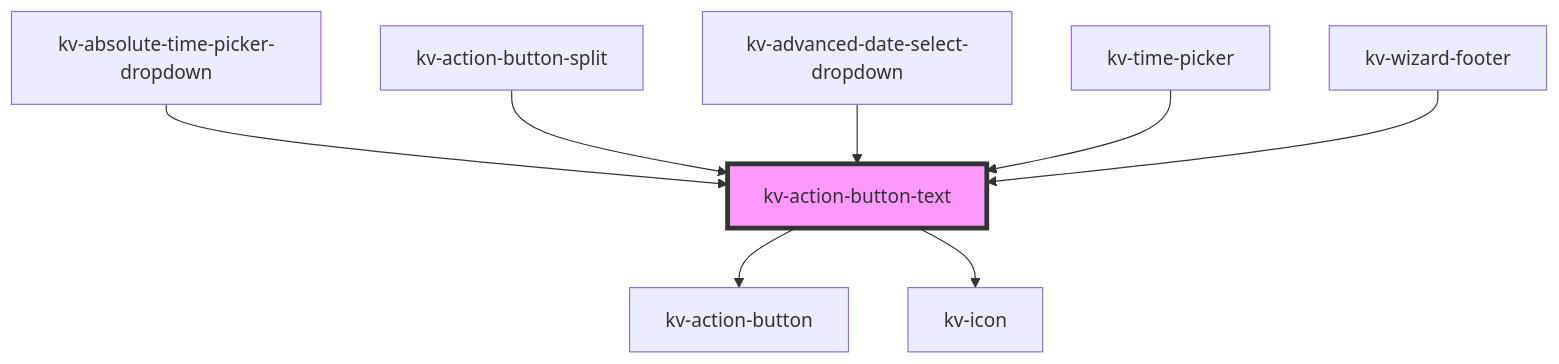
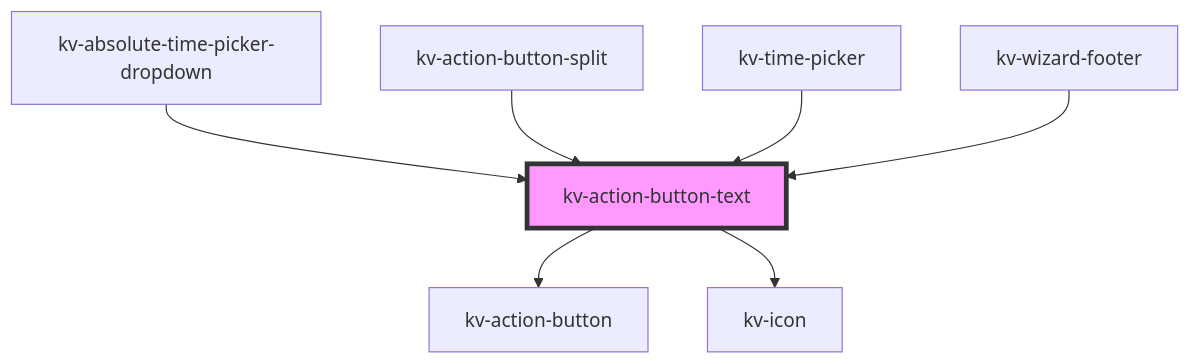
One commit to kelvininc/ui-components changed the diagram in packages/ui-components/src/components/action-button-text/readme.md. Above: the diagram before and after it, drawn with Mermaid. The commit also changed other lines of this file and 134 other files, not shown here.

````diff
--- a/packages/ui-components/src/components/action-button-text/readme.md
+++ b/packages/ui-components/src/components/action-button-text/readme.md
@@ -116,11 +115,10 @@
 ```mermaid
 graph TD;
   kv-action-button-text --> kv-action-button
   kv-action-button-text --> kv-icon
   kv-absolute-time-picker-dropdown --> kv-action-button-text
   kv-action-button-split --> kv-action-button-text
-  kv-advanced-date-select-dropdown --> kv-action-button-text
   kv-time-picker --> kv-action-button-text
   kv-wizard-footer --> kv-action-button-text
   style kv-action-button-text fill:#f9f,stroke:#333,stroke-width:4px
 ```
````
